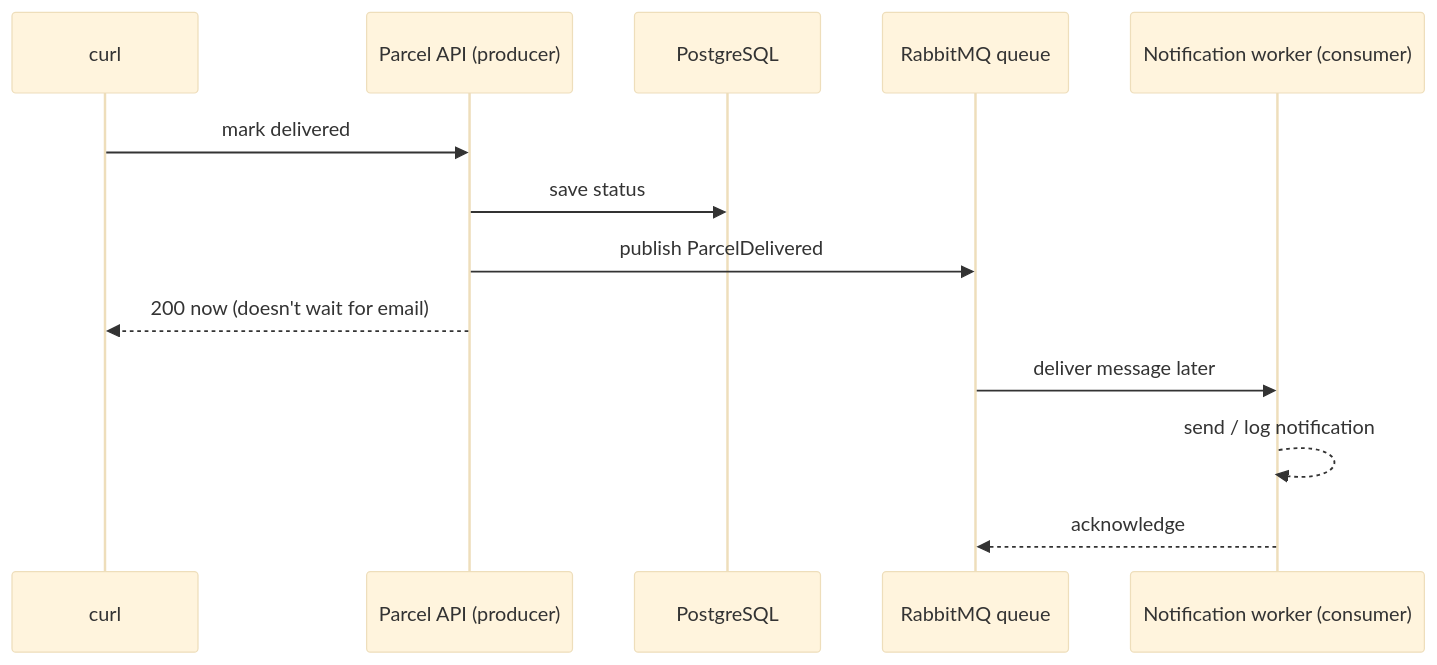
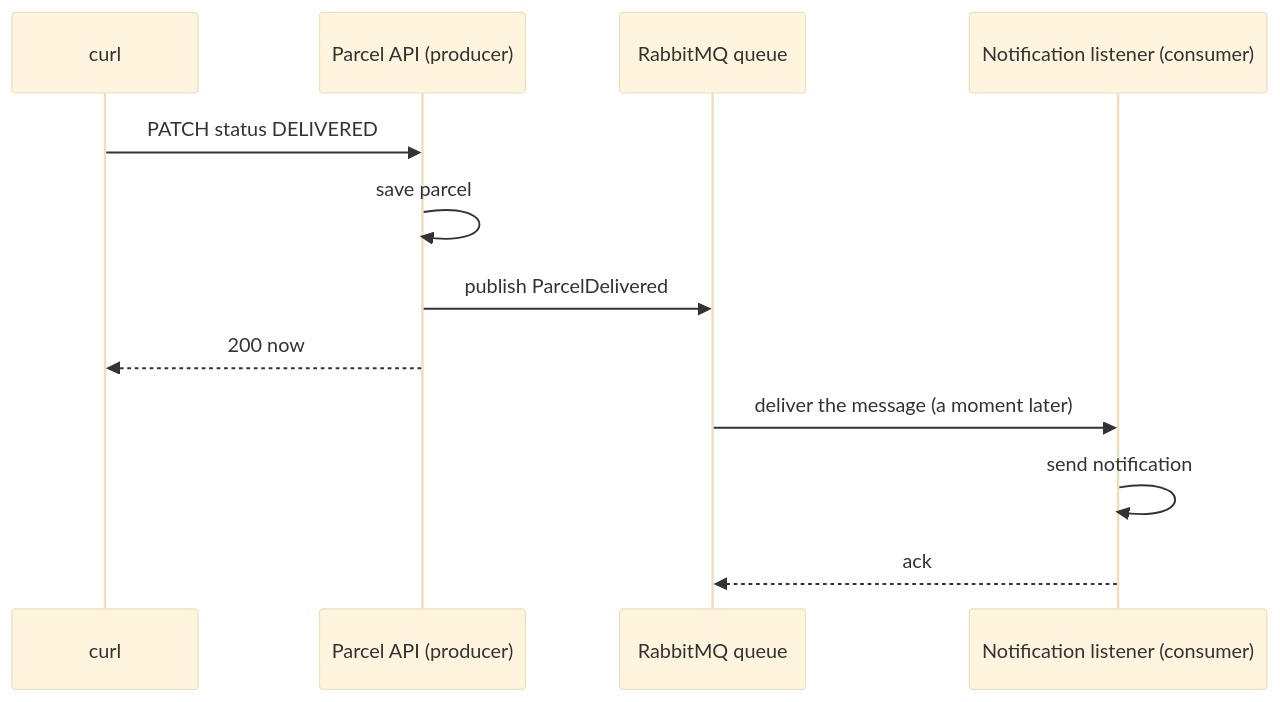
One commit to kevin-voss/learning-project changed the diagram in tracks/spring-boot/topics/12-queues/README.md. Above: the diagram before and after it, drawn with Mermaid (base theme). The commit also changed other lines of this file and 85 other files, not shown here.

````diff
--- a/tracks/spring-boot/topics/12-queues/README.md
+++ b/tracks/spring-boot/topics/12-queues/README.md
@@ -38,15 +38,14 @@
 ```mermaid
 sequenceDiagram
   participant C as curl
   participant P as Parcel API (producer)
-  participant DB as PostgreSQL
   participant Q as RabbitMQ queue
-  participant W as Notification worker (consumer)
-  C->>P: mark delivered
-  P->>DB: save status
+  participant W as Notification listener (consumer)
+  C->>P: PATCH status DELIVERED
+  P->>P: save parcel
   P->>Q: publish ParcelDelivered
-  P-->>C: 200 now (doesn't wait for email)
-  Q->>W: deliver message later
-  W-->>W: send / log notification
-  W-->>Q: acknowledge
+  P-->>C: 200 now
+  Q->>W: deliver the message (a moment later)
+  W->>W: send notification
+  W-->>Q: ack
 ```
````
